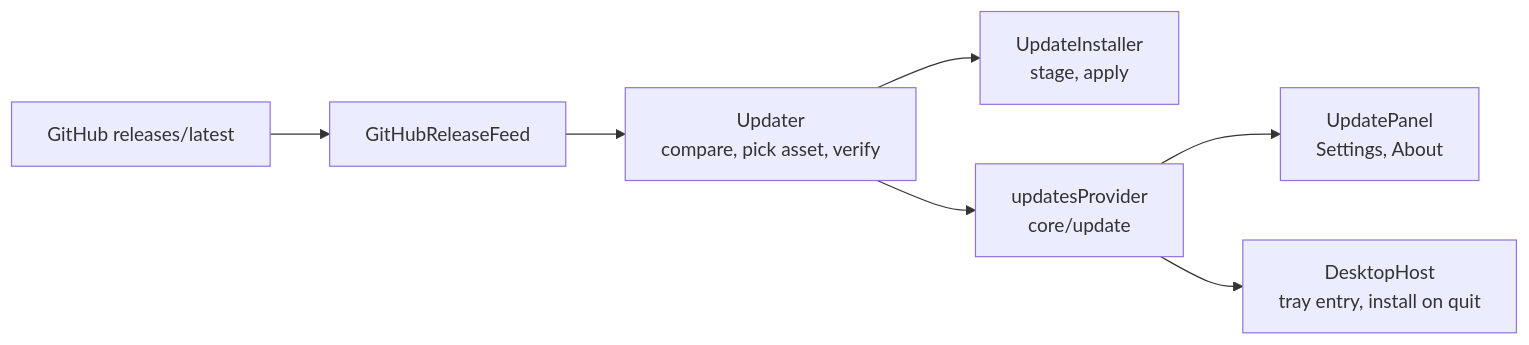
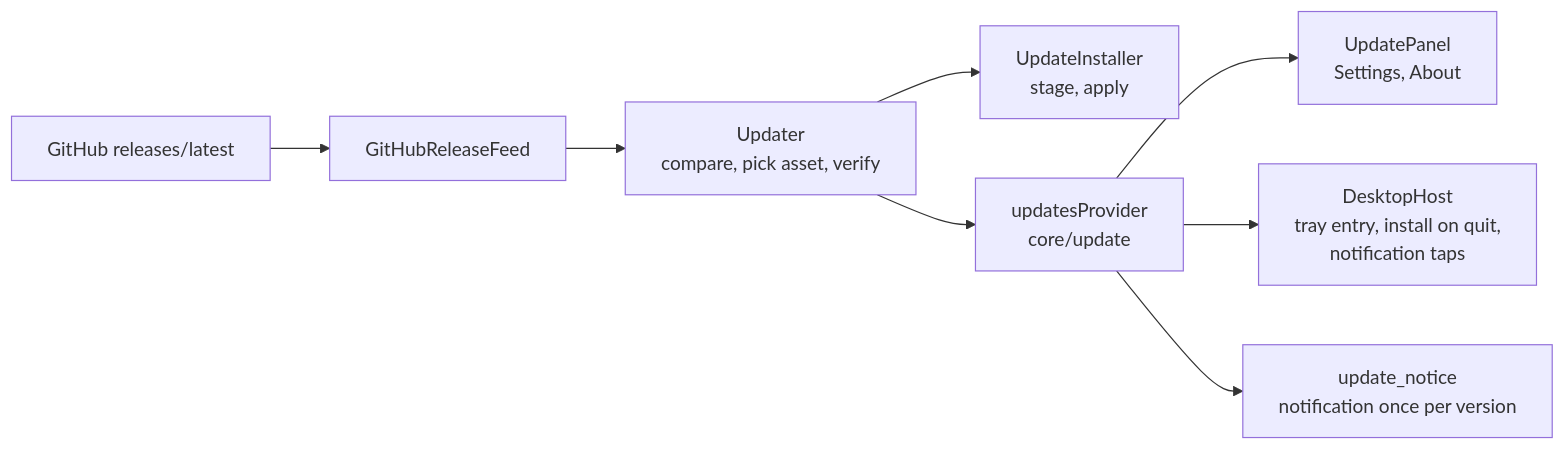
Before and after one commit to Heliopsy/tix-mobile: the fourth of 4 diagrams in docs/architecture.md, drawn with Mermaid. The commit also changed other lines of this file and 36 other files, not shown here.

````diff
--- a/docs/architecture.md
+++ b/docs/architecture.md
@@ -373,9 +374,10 @@
 ```mermaid
 flowchart LR
   GH["GitHub releases/latest"] --> F["GitHubReleaseFeed"]
   F --> U["Updater<br/>compare, pick asset, verify"]
   U --> I["UpdateInstaller<br/>stage, apply"]
   U --> C["updatesProvider<br/>core/update"]
   C --> P["UpdatePanel<br/>Settings, About"]
-  C --> T["DesktopHost<br/>tray entry, install on quit"]
+  C --> T["DesktopHost<br/>tray entry, install on quit,<br/>notification taps"]
+  C --> N["update_notice<br/>notification once per version"]
 ```
````
